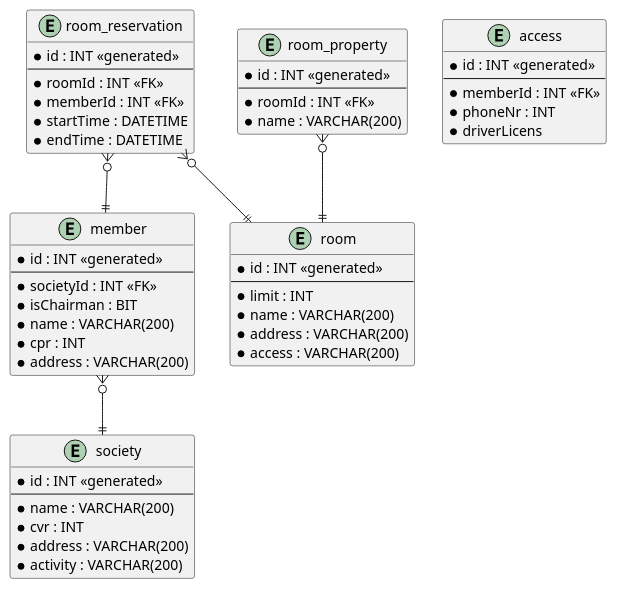
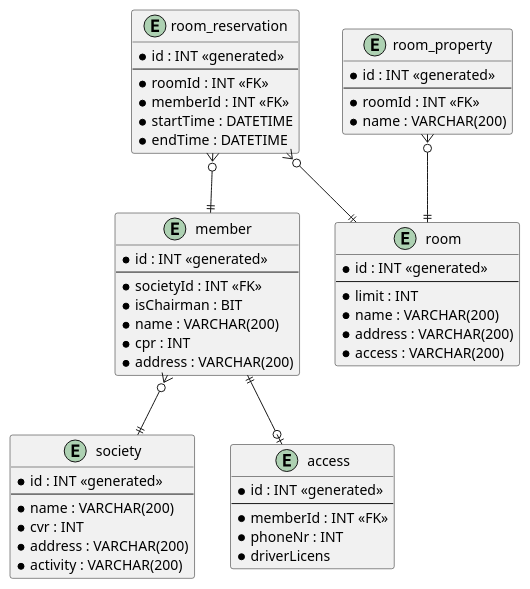
One commit to au-swte21-14/dab2 changed the diagram in EFCoreDab2/uml/er-diagram.puml. Above: the diagram before and after it, drawn with PlantUML.

Commit message:
* Updated Acces in er-diagram.puml

```diff
--- a/EFCoreDab2/uml/er-diagram.puml
+++ b/EFCoreDab2/uml/er-diagram.puml
@@ -1,63 +1,64 @@
 @startuml
 'https://plantuml.com/class-diagram
 
 entity society {
     * id : INT <<generated>>
     --
     * name : VARCHAR(200)
     * cvr : INT
     * address : VARCHAR(200)
     * activity : VARCHAR(200)
 }
 
 entity member {
     * id : INT <<generated>>
     --
     * societyId : INT <<FK>>
     * isChairman : BIT
     * name : VARCHAR(200)
     * cpr : INT
     * address : VARCHAR(200)
 }
 
 entity room {
     * id : INT <<generated>>
     --
     * limit : INT
     * name : VARCHAR(200)
     * address : VARCHAR(200)
     * access : VARCHAR(200)
 }
 
 entity room_property {
     * id : INT <<generated>>
     --
     * roomId : INT <<FK>>
     * name : VARCHAR(200)
 }
 
 entity room_reservation {
     * id : INT <<generated>>
     --
     * roomId : INT <<FK>>
     * memberId : INT <<FK>>
     * startTime : DATETIME
     * endTime : DATETIME
 }
 
 entity access {
     * id : INT <<generated>>
     --
     * memberId : INT <<FK>>
     * phoneNr : INT
     * driverLicens
 }
 
 
 
 member }o--|| society
 room_reservation }o--|| member
 room_reservation }o--|| room
 room_property }o--|| room
+member ||--o| access
 
 @enduml
```
